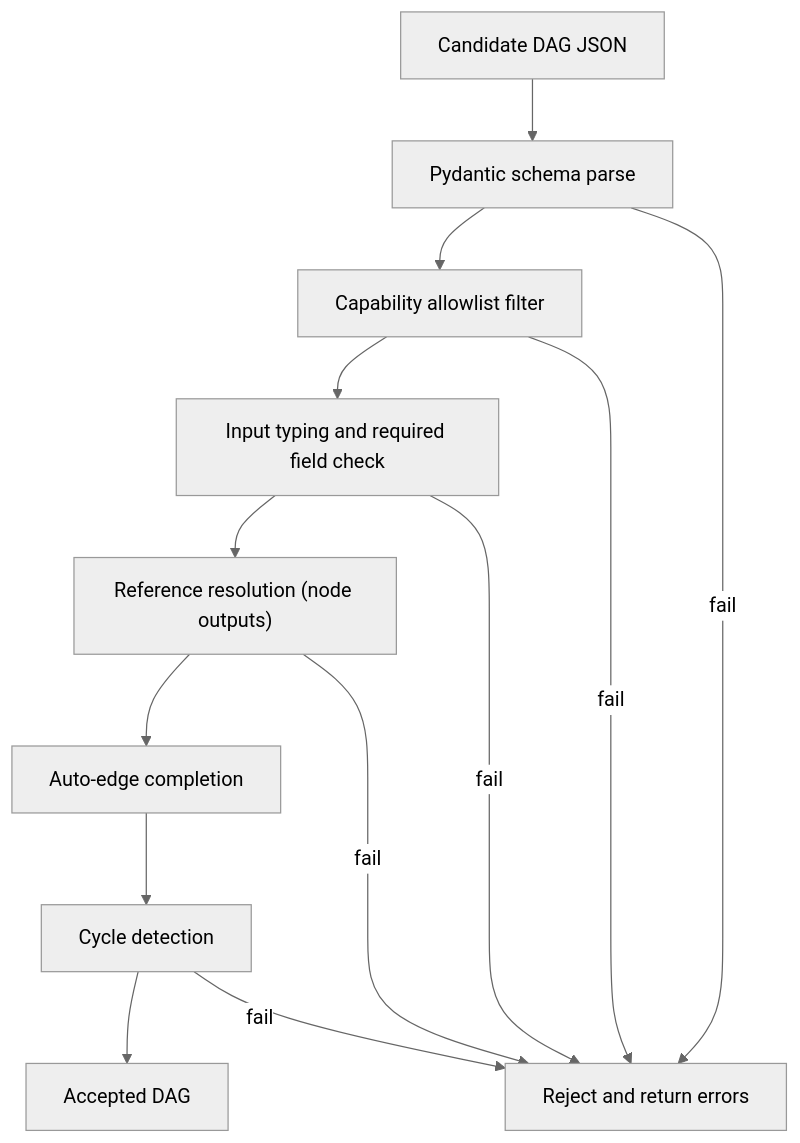
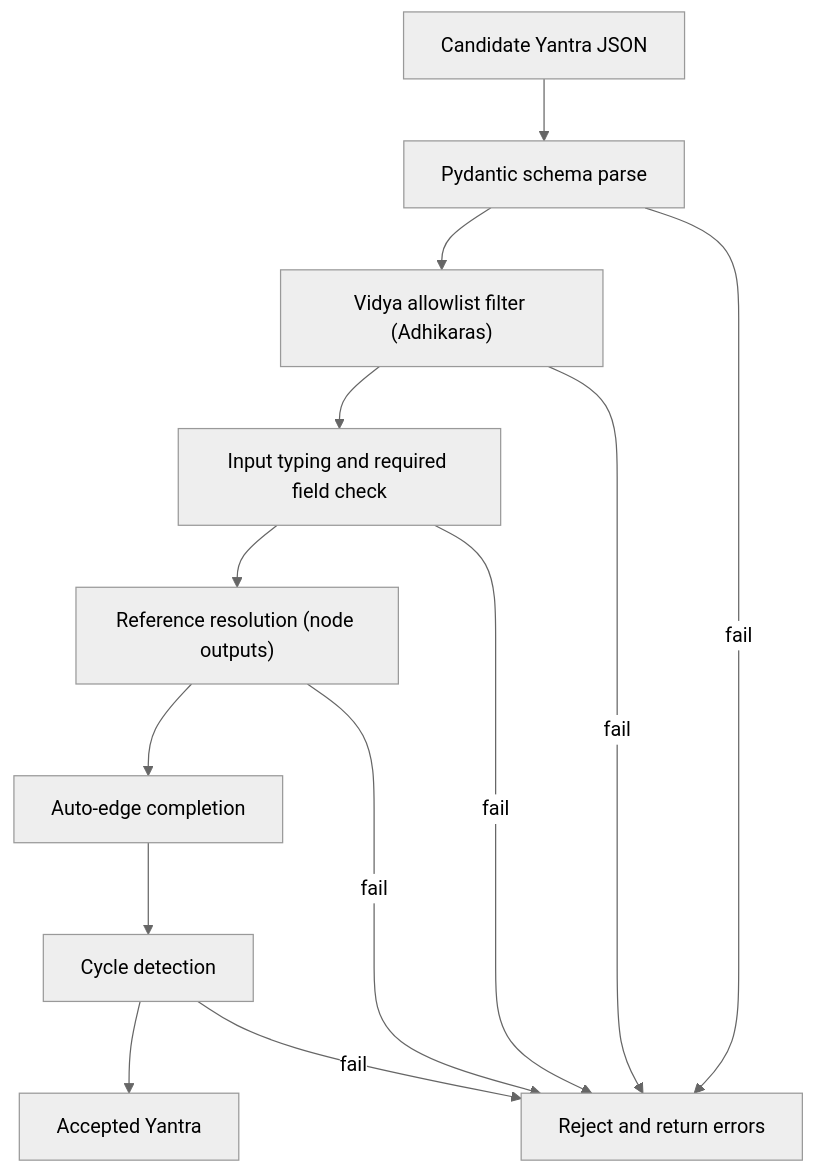
Before and after one commit to so-weak/Aakaar: the third of 12 diagrams in documentation/src/02-LLD.md, drawn with Mermaid (neutral theme). The commit also changed other lines of this file and 56 other files, not shown here.

````diff
--- a/documentation/src/02-LLD.md
+++ b/documentation/src/02-LLD.md
@@ -124,15 +123,15 @@
 ```mermaid
 flowchart TD
-  IN["Candidate DAG JSON"] --> P1["Pydantic schema parse"]
-  P1 --> P2["Capability allowlist filter"]
+  IN["Candidate Yantra JSON"] --> P1["Pydantic schema parse"]
+  P1 --> P2["Vidya allowlist filter (Adhikaras)"]
   P2 --> P3["Input typing and required field check"]
   P3 --> P4["Reference resolution (node outputs)"]
   P4 --> P5["Auto-edge completion"]
   P5 --> P6["Cycle detection"]
-  P6 --> OK["Accepted DAG"]
+  P6 --> OK["Accepted Yantra"]
   P1 -- fail --> ERR["Reject and return errors"]
   P2 -- fail --> ERR
   P3 -- fail --> ERR
   P4 -- fail --> ERR
   P6 -- fail --> ERR
 ```
````
